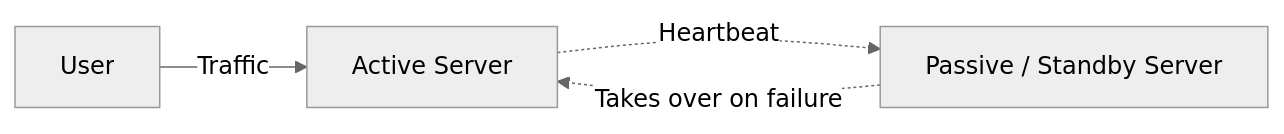
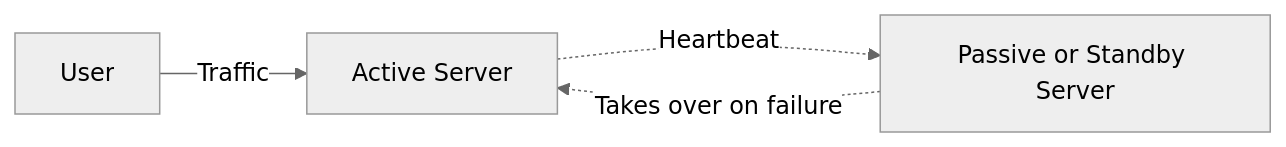
One commit to shakthi-sagar/studies changed the first of 3 diagrams in src/content/System Design/04-Availability Patterns.md. Above: the diagram before and after it, drawn with Mermaid (neutral theme). The commit also changed other lines of this file and 3 other files, not shown here.

Commit message:
mermaid fixes

````diff
--- a/src/content/System Design/04-Availability Patterns.md
+++ b/src/content/System Design/04-Availability Patterns.md
@@ -35,6 +35,6 @@
 ```mermaid
-graph LR
+flowchart LR
     U[User] -->|Traffic| A[Active Server]
-    A -.->|Heartbeat| P[Passive / Standby Server]
+    A -.->|Heartbeat| P[Passive or Standby Server]
     P -.->|Takes over on failure| A
 ```
````
